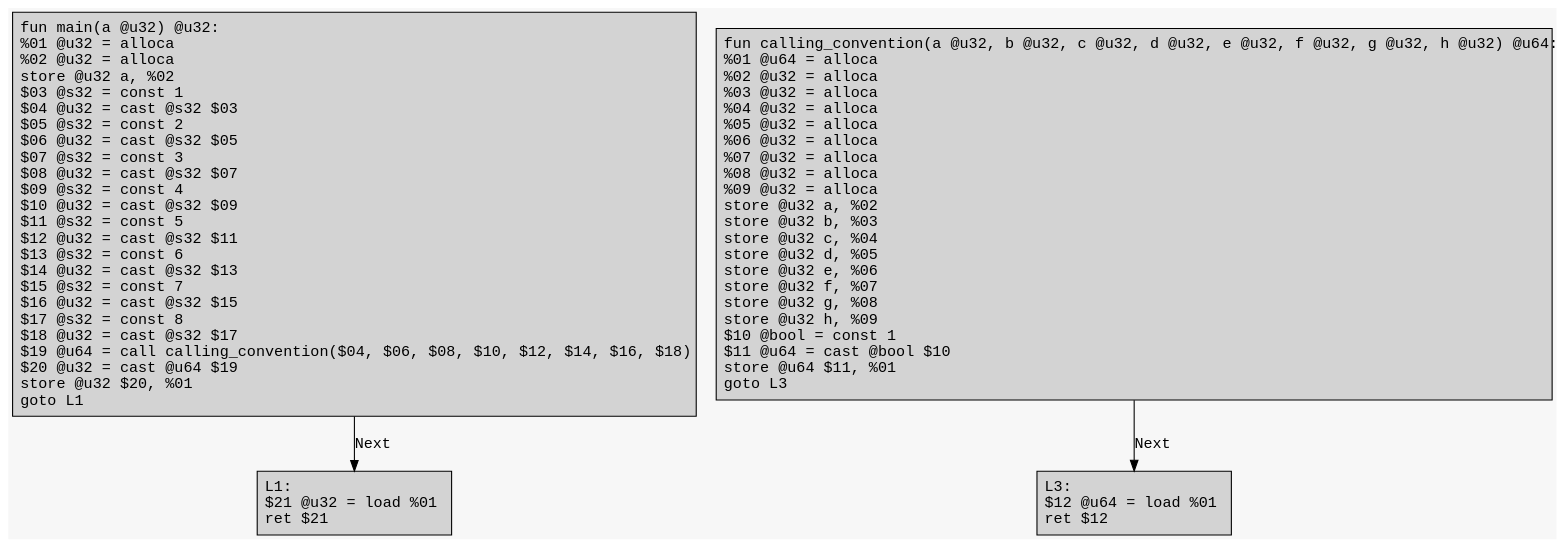
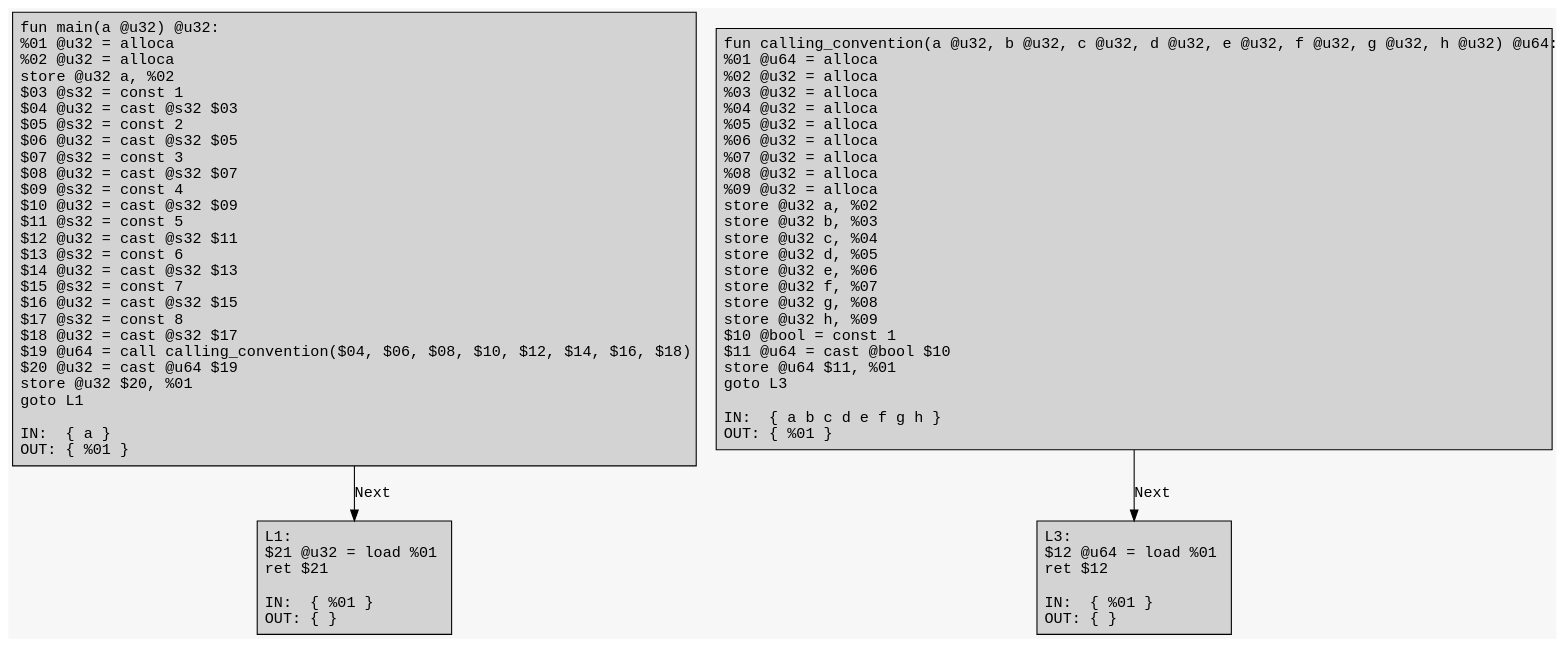
The diagram in example/cc/cc_org.dot (Excse/arkoi_language), drawn with Graphviz before and after one commit. The commit also changed 22 other files, not shown here.

```diff
--- a/example/cc/cc_org.dot
+++ b/example/cc/cc_org.dot
@@ -1,14 +1,14 @@
 digraph CFG {
 	graph [fontname = "Monospace"];
 	node  [fontname = "Monospace", shape=box, style=filled, margin=0.1];
 	edge  [fontname = "Monospace"];
 	bgcolor = "#f7f7f7";
 	splines = false;
 
-	L0 [label="fun main(a @u32) @u32:\l %01 @u32 = alloca\l %02 @u32 = alloca\l store @u32 a, %02\l $03 @s32 = const 1\l $04 @u32 = cast @s32 $03\l $05 @s32 = const 2\l $06 @u32 = cast @s32 $05\l $07 @s32 = const 3\l $08 @u32 = cast @s32 $07\l $09 @s32 = const 4\l $10 @u32 = cast @s32 $09\l $11 @s32 = const 5\l $12 @u32 = cast @s32 $11\l $13 @s32 = const 6\l $14 @u32 = cast @s32 $13\l $15 @s32 = const 7\l $16 @u32 = cast @s32 $15\l $17 @s32 = const 8\l $18 @u32 = cast @s32 $17\l $19 @u64 = call calling_convention($04, $06, $08, $10, $12, $14, $16, $18)\l $20 @u32 = cast @u64 $19\l store @u32 $20, %01\l goto L1\l"];
+	L0 [label="fun main(a @u32) @u32:\l %01 @u32 = alloca\l %02 @u32 = alloca\l store @u32 a, %02\l $03 @s32 = const 1\l $04 @u32 = cast @s32 $03\l $05 @s32 = const 2\l $06 @u32 = cast @s32 $05\l $07 @s32 = const 3\l $08 @u32 = cast @s32 $07\l $09 @s32 = const 4\l $10 @u32 = cast @s32 $09\l $11 @s32 = const 5\l $12 @u32 = cast @s32 $11\l $13 @s32 = const 6\l $14 @u32 = cast @s32 $13\l $15 @s32 = const 7\l $16 @u32 = cast @s32 $15\l $17 @s32 = const 8\l $18 @u32 = cast @s32 $17\l $19 @u64 = call calling_convention($04, $06, $08, $10, $12, $14, $16, $18)\l $20 @u32 = cast @u64 $19\l store @u32 $20, %01\l goto L1\l\lIN:  { a }\lOUT: { %01 }\l"];
 	L0 -> L1 [label="Next"];
-	L1 [label="L1:\l $21 @u32 = load %01\l ret $21\l"];
-	L2 [label="fun calling_convention(a @u32, b @u32, c @u32, d @u32, e @u32, f @u32, g @u32, h @u32) @u64:\l %01 @u64 = alloca\l %02 @u32 = alloca\l %03 @u32 = alloca\l %04 @u32 = alloca\l %05 @u32 = alloca\l %06 @u32 = alloca\l %07 @u32 = alloca\l %08 @u32 = alloca\l %09 @u32 = alloca\l store @u32 a, %02\l store @u32 b, %03\l store @u32 c, %04\l store @u32 d, %05\l store @u32 e, %06\l store @u32 f, %07\l store @u32 g, %08\l store @u32 h, %09\l $10 @bool = const 1\l $11 @u64 = cast @bool $10\l store @u64 $11, %01\l goto L3\l"];
+	L1 [label="L1:\l $21 @u32 = load %01\l ret $21\l\lIN:  { %01 }\lOUT: { }\l"];
+	L2 [label="fun calling_convention(a @u32, b @u32, c @u32, d @u32, e @u32, f @u32, g @u32, h @u32) @u64:\l %01 @u64 = alloca\l %02 @u32 = alloca\l %03 @u32 = alloca\l %04 @u32 = alloca\l %05 @u32 = alloca\l %06 @u32 = alloca\l %07 @u32 = alloca\l %08 @u32 = alloca\l %09 @u32 = alloca\l store @u32 a, %02\l store @u32 b, %03\l store @u32 c, %04\l store @u32 d, %05\l store @u32 e, %06\l store @u32 f, %07\l store @u32 g, %08\l store @u32 h, %09\l $10 @bool = const 1\l $11 @u64 = cast @bool $10\l store @u64 $11, %01\l goto L3\l\lIN:  { a b c d e f g h }\lOUT: { %01 }\l"];
 	L2 -> L3 [label="Next"];
-	L3 [label="L3:\l $12 @u64 = load %01\l ret $12\l"];
+	L3 [label="L3:\l $12 @u64 = load %01\l ret $12\l\lIN:  { %01 }\lOUT: { }\l"];
 }
```
